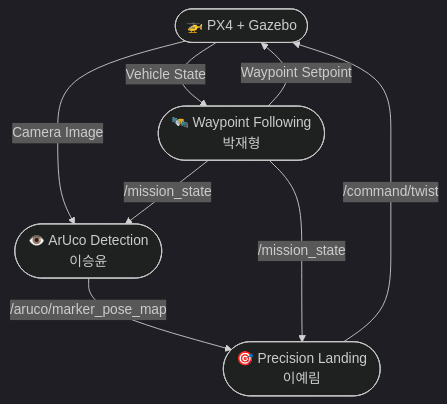
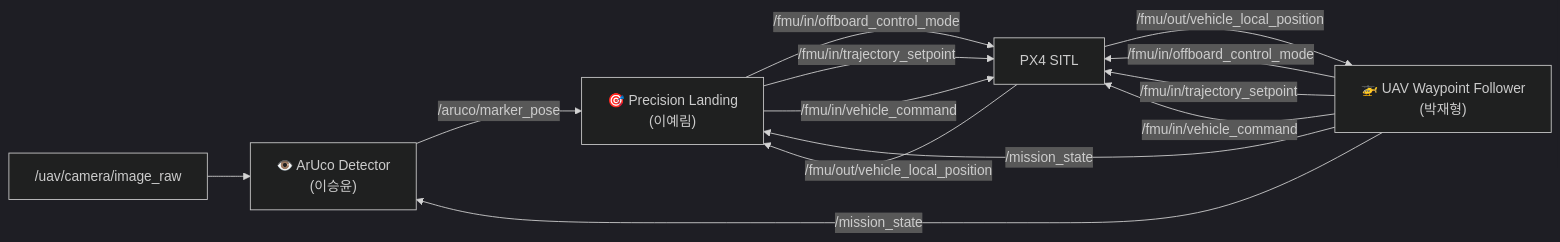
Before and after one commit to subin11111/asp_ws: the diagram in docs/uav_subsystem.md, drawn with Mermaid (dark theme). The commit also changed other lines of this file, not shown here.

````diff
--- a/docs/uav_subsystem.md
+++ b/docs/uav_subsystem.md
@@ -13,20 +11,28 @@
 ```mermaid
-graph TD
+graph LR
 
-    PX4([🚁 PX4 + Gazebo])
+    Camera["/uav/camera/image_raw"]
+    PX4["PX4 SITL"]
 
-    WP([🛰️ Waypoint Following<br/>박재형])
-    DET([👁️ ArUco Detection<br/>이승윤])
-    LAND([🎯 Precision Landing<br/>이예림])
+    Aruco["👁️ ArUco Detector\n(이승윤)"]
+    Waypoint["🚁 UAV Waypoint Follower\n(박재형)"]
+    Landing["🎯 Precision Landing\n(이예림)"]
 
-    PX4 -->|Camera Image| DET
-    PX4 -->|Vehicle State| WP
+    Camera --> Aruco
 
-    DET -->|/aruco/marker_pose_map| LAND
+    PX4 -->|/fmu/out/vehicle_local_position| Waypoint
+    PX4 -->|/fmu/out/vehicle_local_position| Landing
 
-    WP -->|/mission_state| DET
-    WP -->|/mission_state| LAND
+    Waypoint -->|/mission_state| Aruco
+    Waypoint -->|/mission_state| Landing
 
-    LAND -->|/command/twist| PX4
-    WP -->|Waypoint Setpoint| PX4
+    Aruco -->|/aruco/marker_pose| Landing
+
+    Waypoint -->|/fmu/in/offboard_control_mode| PX4
+    Waypoint -->|/fmu/in/trajectory_setpoint| PX4
+    Waypoint -->|/fmu/in/vehicle_command| PX4
+
+    Landing -->|/fmu/in/offboard_control_mode| PX4
+    Landing -->|/fmu/in/trajectory_setpoint| PX4
+    Landing -->|/fmu/in/vehicle_command| PX4
 ```
````
